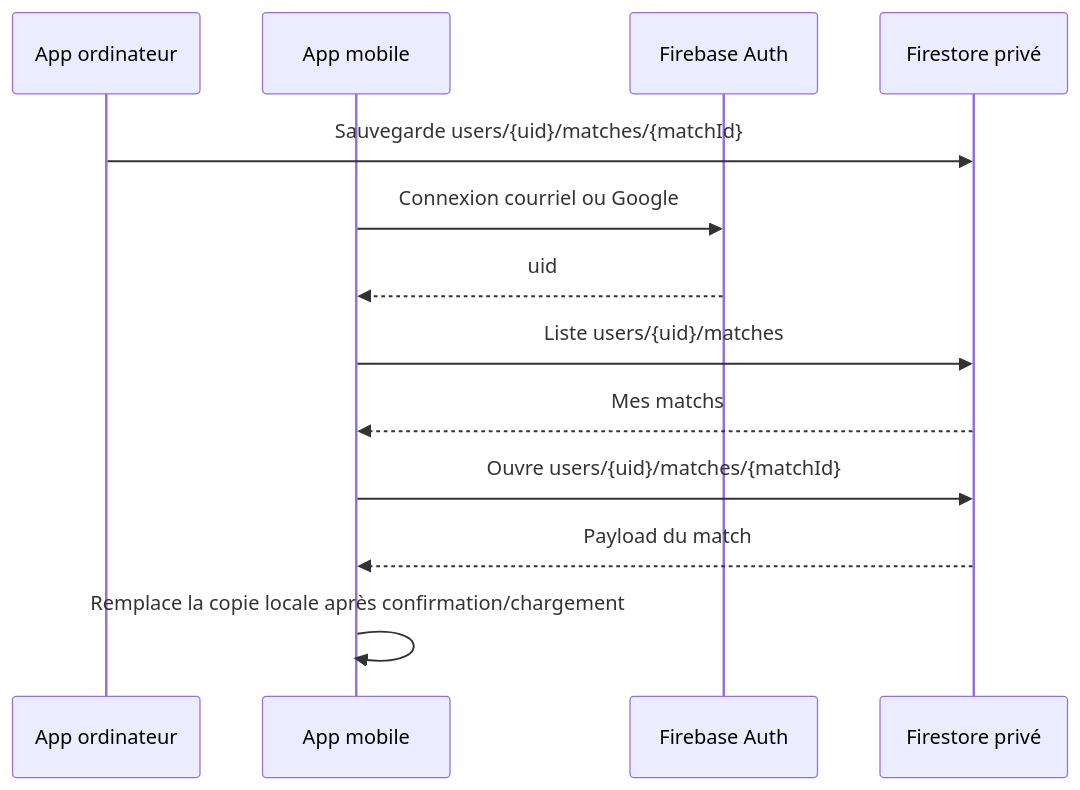
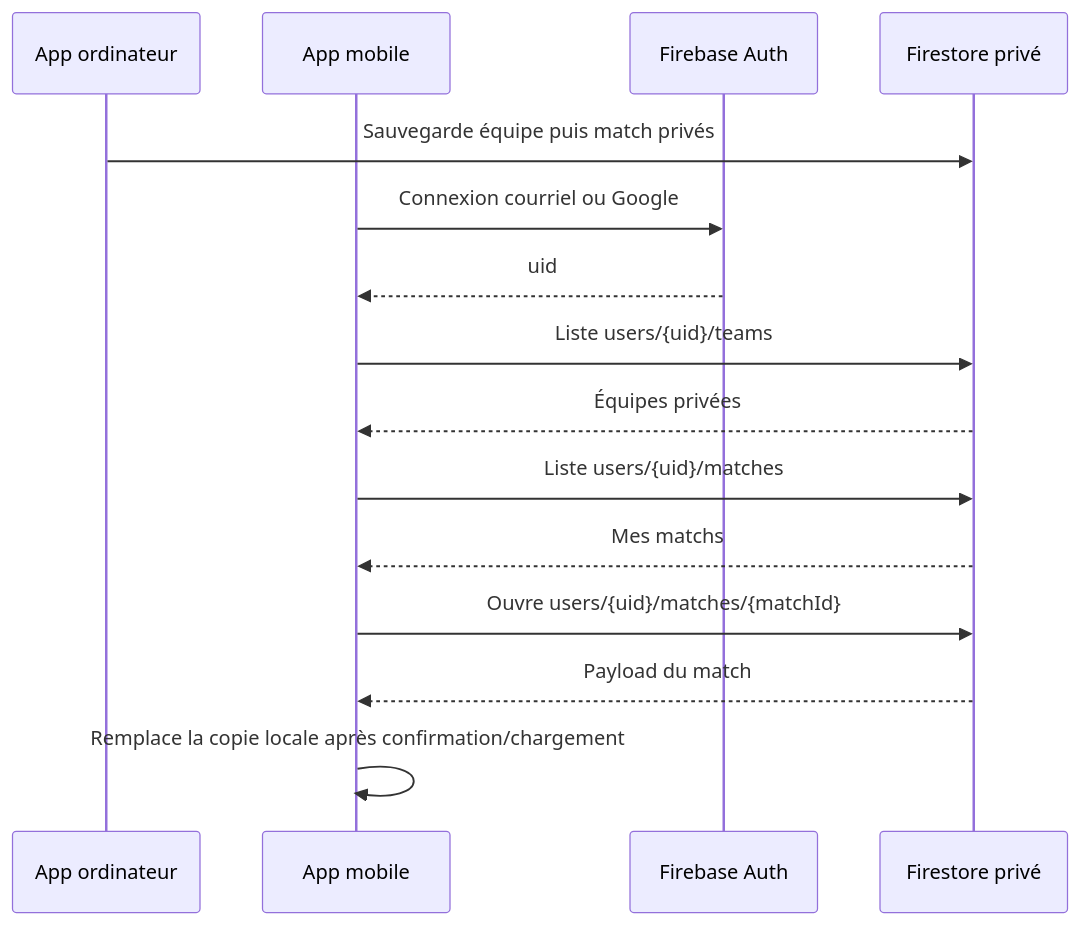
Before and after one commit to flegault/rallye-cap: the fourth of 8 diagrams in docs/firebase-firestore-sync.md, drawn with Mermaid. The commit also changed other lines of this file and 15 other files, not shown here.

````diff
--- a/docs/firebase-firestore-sync.md
+++ b/docs/firebase-firestore-sync.md
@@ -92,16 +95,18 @@
 ```mermaid
 sequenceDiagram
   participant Desktop as App ordinateur
   participant Mobile as App mobile
   participant Auth as Firebase Auth
   participant FS as Firestore privé
 
-  Desktop->>FS: Sauvegarde users/{uid}/matches/{matchId}
+  Desktop->>FS: Sauvegarde équipe puis match privés
   Mobile->>Auth: Connexion courriel ou Google
   Auth-->>Mobile: uid
+  Mobile->>FS: Liste users/{uid}/teams
+  FS-->>Mobile: Équipes privées
   Mobile->>FS: Liste users/{uid}/matches
   FS-->>Mobile: Mes matchs
   Mobile->>FS: Ouvre users/{uid}/matches/{matchId}
   FS-->>Mobile: Payload du match
   Mobile->>Mobile: Remplace la copie locale après confirmation/chargement
 ```
````
